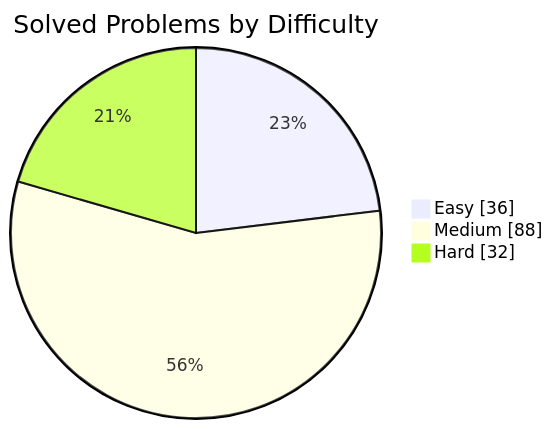
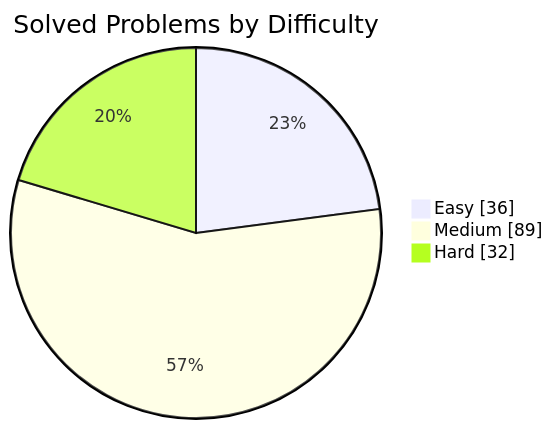
One commit to manikantbindass/DSA-Preparation-FAANG changed the first of 2 diagrams in README.md. Above: the diagram before and after it, drawn with Mermaid. The commit also changed other lines of this file, not shown here.

````diff
--- a/README.md
+++ b/README.md
@@ -38,7 +38,7 @@
 ```mermaid
 pie showData
     title Solved Problems by Difficulty
     "Easy" : 36
-    "Medium" : 88
+    "Medium" : 89
     "Hard" : 32
 ```
````
